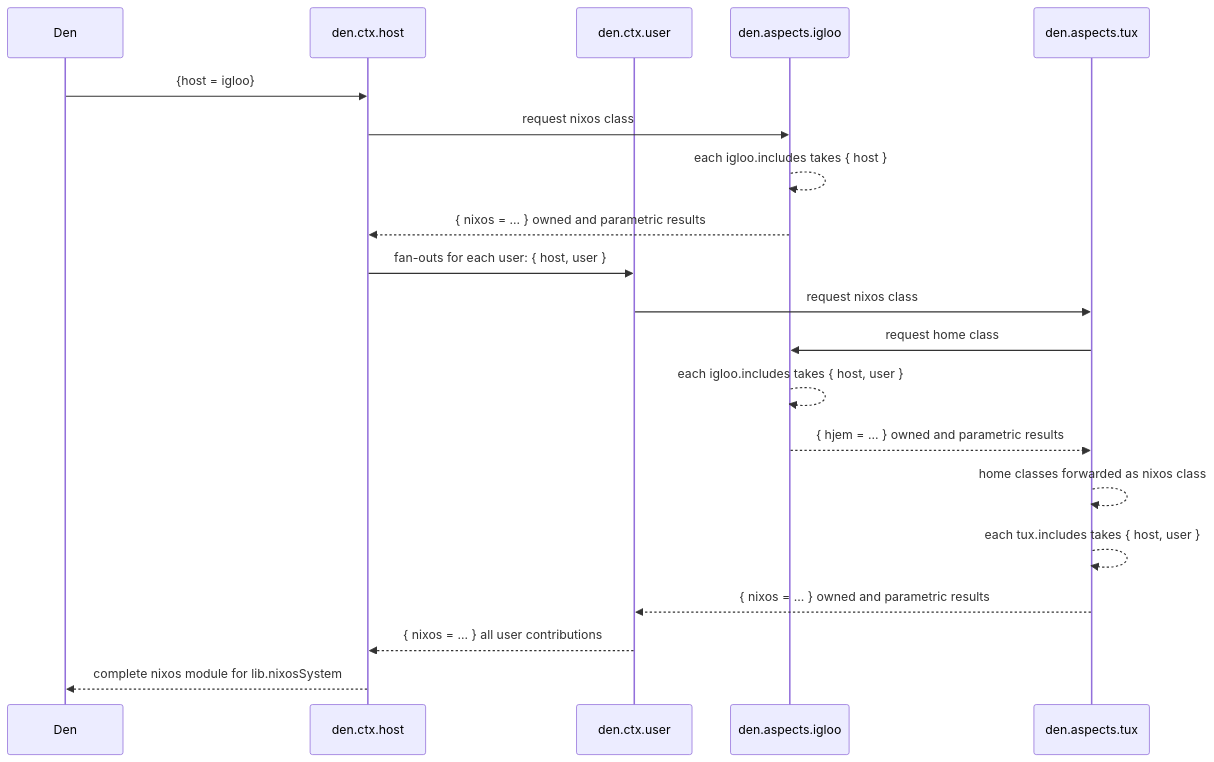
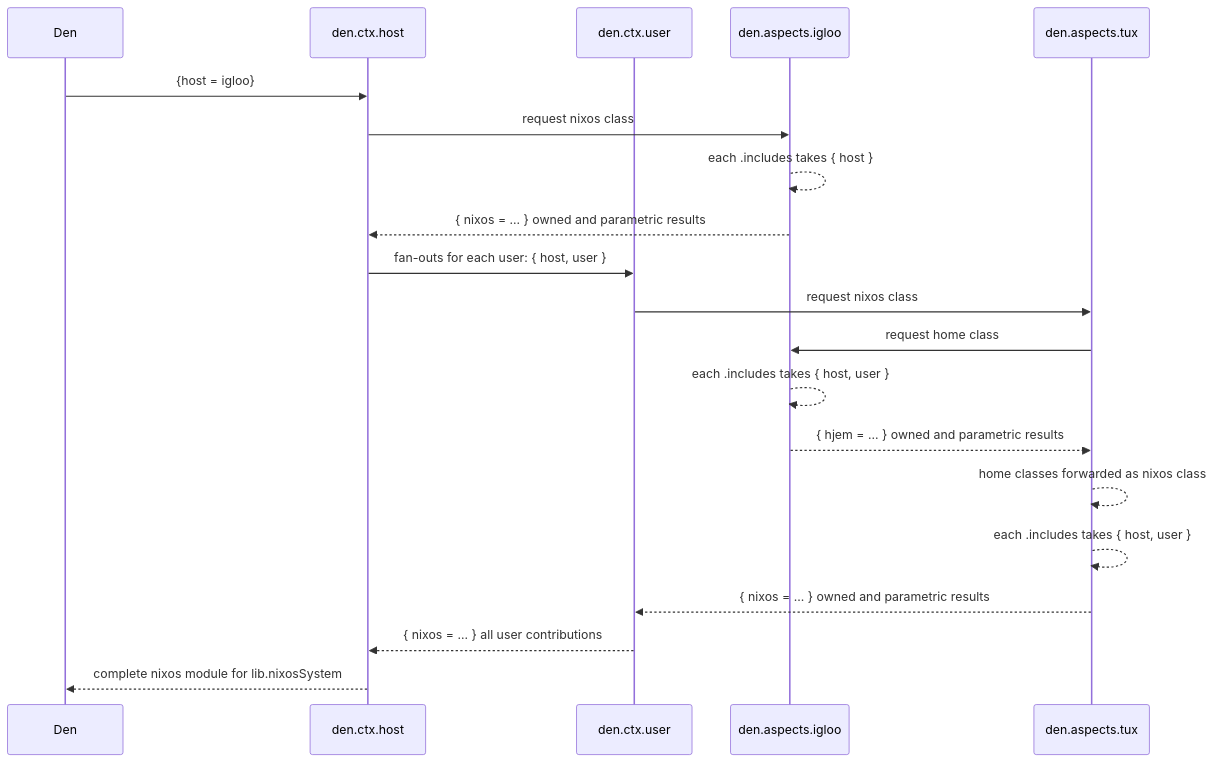
Before and after one commit to vic/den: the second of 3 diagrams in docs/src/content/docs/guides/bidirectional.mdx, drawn with Mermaid. The commit also changed other lines of this file and 4 other files, not shown here.

Commit message:
feat(docs): diagrams pan/zoom using mouse wheel and drag.

````diff
--- a/docs/src/content/docs/guides/bidirectional.mdx
+++ b/docs/src/content/docs/guides/bidirectional.mdx
@@ -91,32 +94,32 @@
 ```mermaid
 sequenceDiagram
    participant Den
    participant host as den.ctx.host
    participant user as den.ctx.user
    participant igloo as den.aspects.igloo
    participant tux as den.aspects.tux
 
    Den  ->>  host  :  {host = igloo}
 
    host ->> igloo : request nixos class
-   igloo -->> igloo : each igloo.includes takes { host }
+   igloo -->> igloo : each .includes takes { host }
    igloo -->> host : { nixos = ... } owned and parametric results
 
    host ->> user : fan-outs for each user: { host, user }
 
    user ->> tux : request nixos class
 
    tux ->> igloo : request home class
-   igloo -->> igloo : each igloo.includes takes { host, user }
+   igloo -->> igloo : each .includes takes { host, user }
    igloo -->> tux : { hjem = ... } owned and parametric results
 
    tux -->> tux : home classes forwarded as nixos class
 
-   tux -->> tux : each tux.includes takes { host, user }
+   tux -->> tux : each .includes takes { host, user }
    tux -->> user : { nixos = ... } owned and parametric results
 
    user -->> host : { nixos = ... } all user contributions
 
    host -->> Den : complete nixos module for lib.nixosSystem
 
 ```
````
